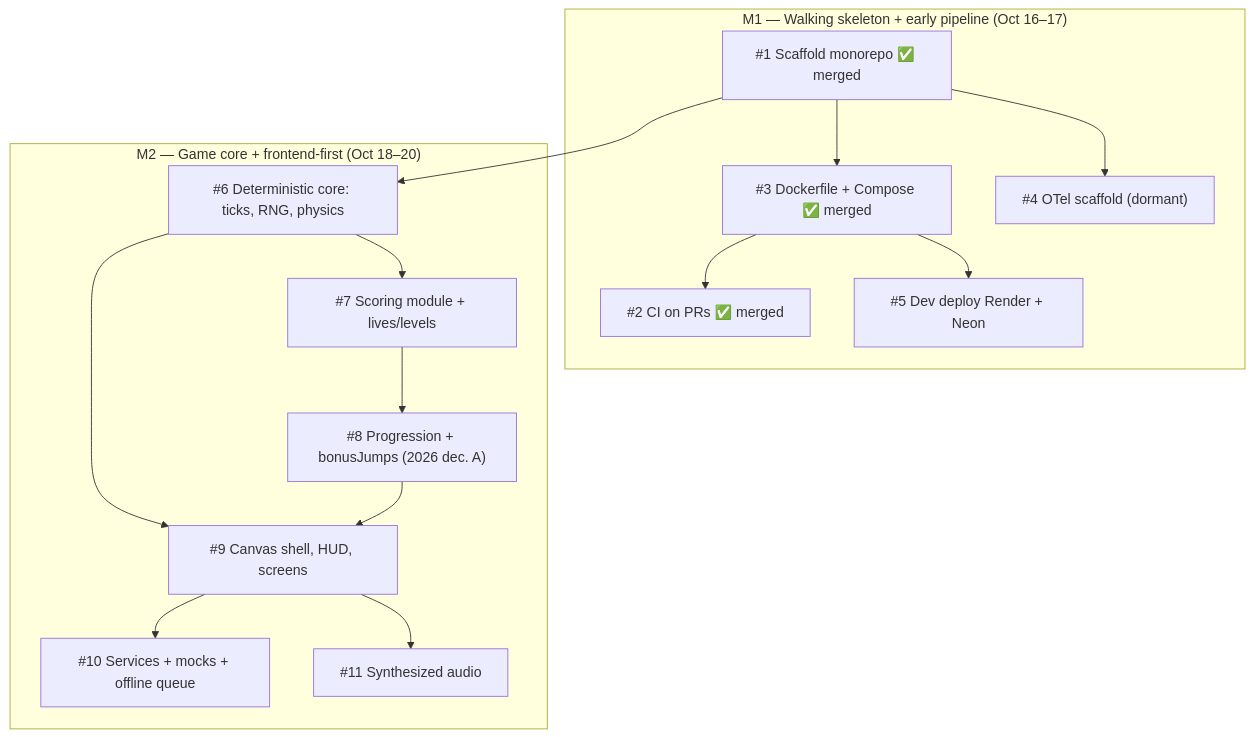
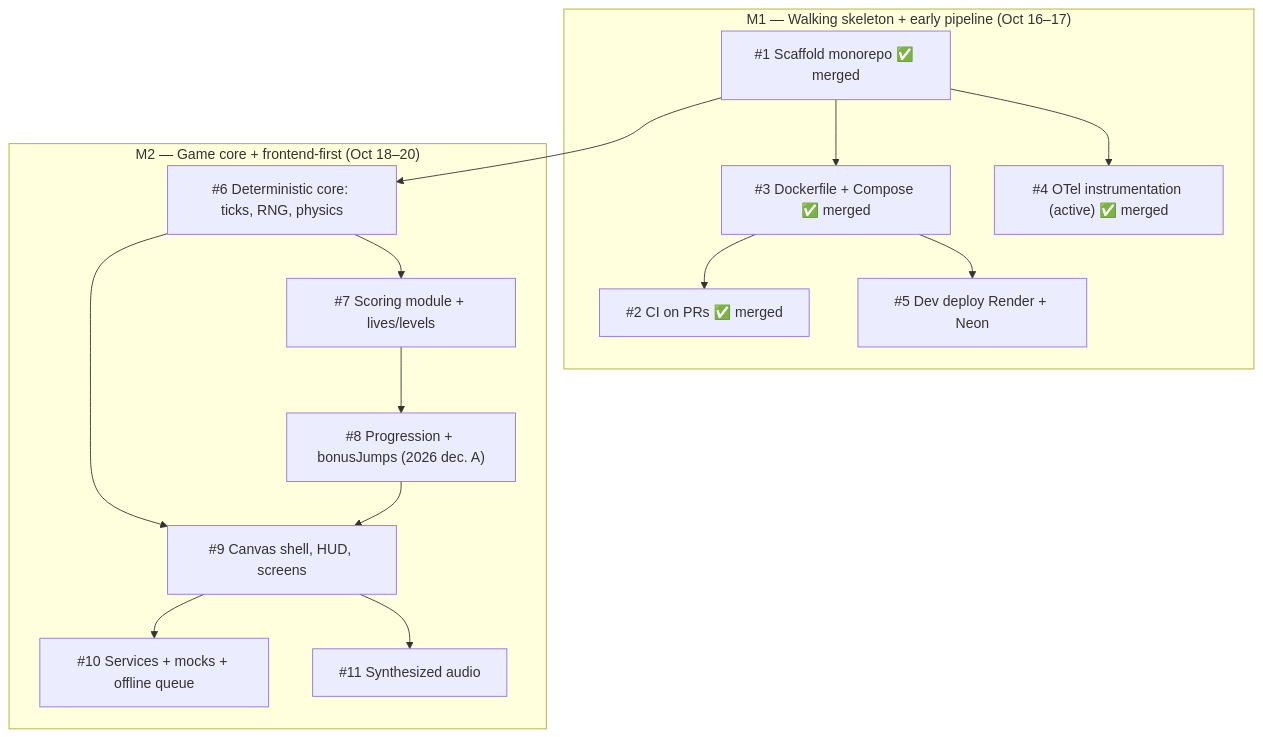
The diagram in _docs/backlog.md (lucapug/clown-circus-reloaded), drawn with Mermaid before and after one commit.

Commit message:
Backlog map: #4 OTel instrumentation merged

````diff
--- a/_docs/backlog.md
+++ b/_docs/backlog.md
@@ -7,32 +7,32 @@
 ```mermaid
 graph TD
     subgraph M1["M1 — Walking skeleton + early pipeline (Oct 16–17)"]
         I1["#1 Scaffold monorepo ✅ merged"]
     I2["#2 CI on PRs ✅ merged"]
         I3["#3 Dockerfile + Compose ✅ merged"]
-    I4["#4 OTel scaffold (dormant)"]
+    I4["#4 OTel instrumentation (active) ✅ merged"]
     I5["#5 Dev deploy Render + Neon"]
     end
 
     subgraph M2["M2 — Game core + frontend-first (Oct 18–20)"]
         I6["#6 Deterministic core: ticks, RNG, physics"]
         I7["#7 Scoring module + lives/levels"]
         I8["#8 Progression + bonusJumps (2026 dec. A)"]
         I9["#9 Canvas shell, HUD, screens"]
         I10["#10 Services + mocks + offline queue"]
         I11["#11 Synthesized audio"]
     end
 
     I1 --> I3
     I1 --> I4
     I3 --> I2
     I3 --> I5
 
     I1 --> I6
     I6 --> I7
     I7 --> I8
     I6 --> I9
     I8 --> I9
     I9 --> I10
     I9 --> I11
 ```
````
